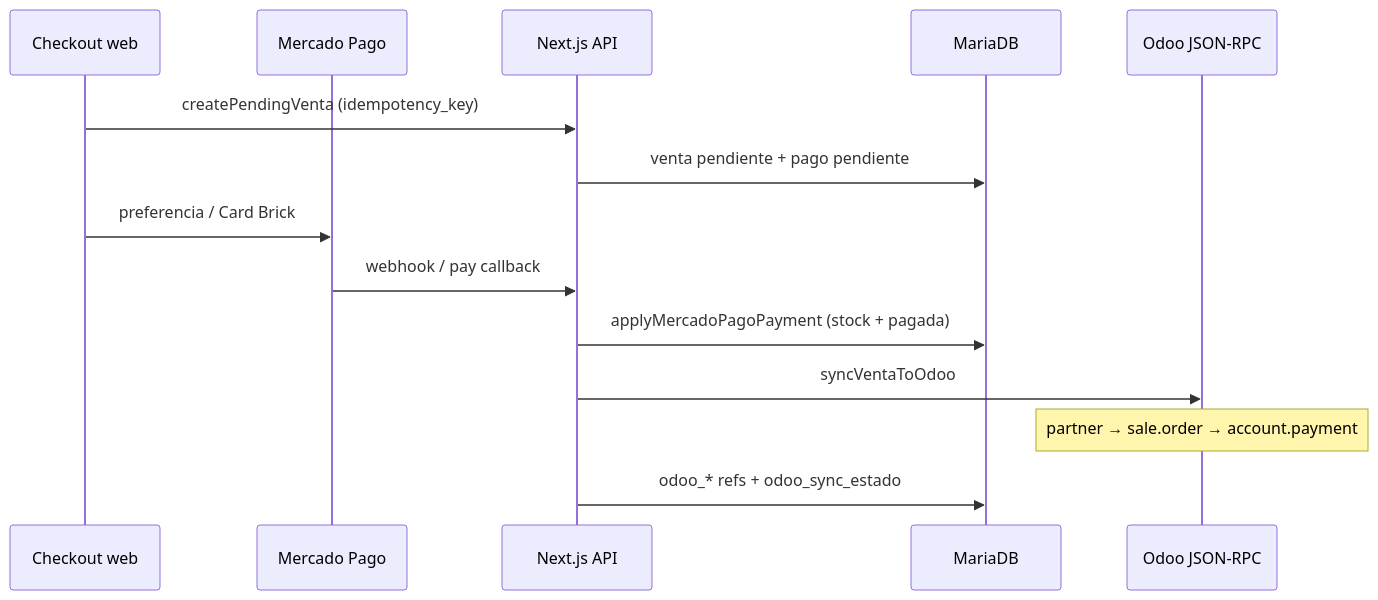
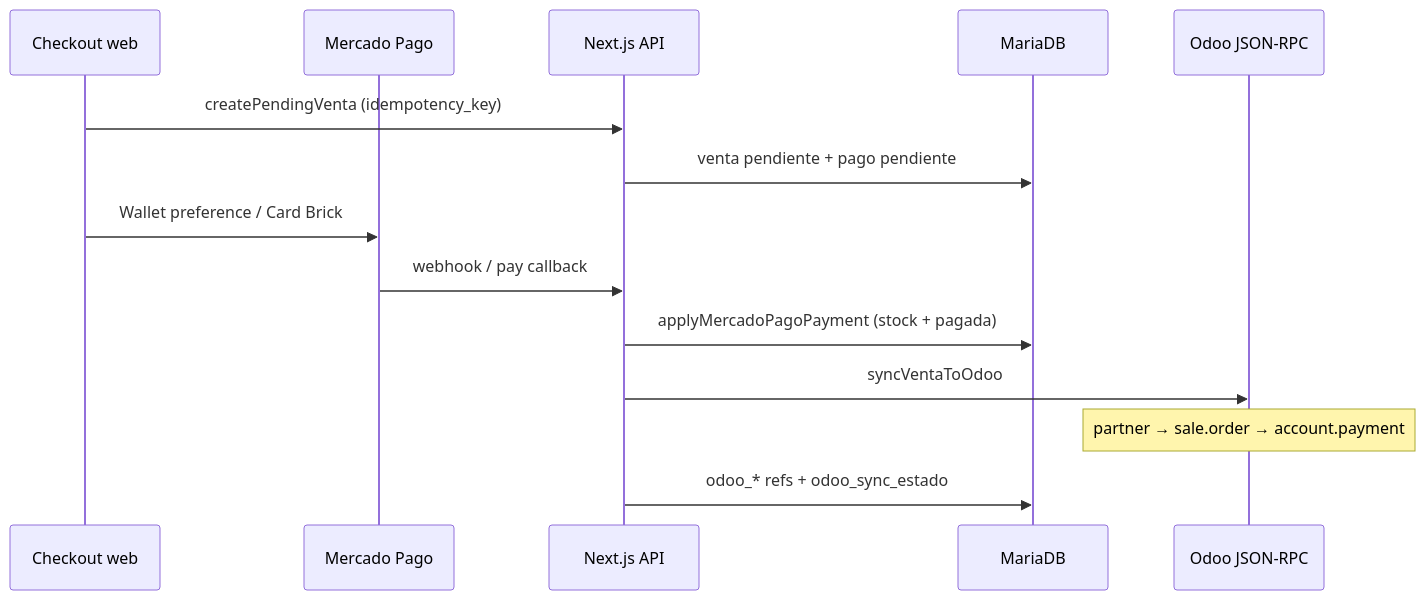
The diagram in docs/ODOO-CHECKOUT.md (MTurinetto77/weboneclick), drawn with Mermaid before and after one commit. The commit also changed other lines of this file and 12 other files, not shown here.

````diff
--- a/docs/ODOO-CHECKOUT.md
+++ b/docs/ODOO-CHECKOUT.md
@@ -28,17 +28,17 @@
 ```mermaid
 sequenceDiagram
   participant UI as Checkout web
   participant MP as Mercado Pago
   participant Web as Next.js API
   participant DB as MariaDB
   participant Odoo as Odoo JSON-RPC
 
   UI->>Web: createPendingVenta (idempotency_key)
   Web->>DB: venta pendiente + pago pendiente
-  UI->>MP: preferencia / Card Brick
+  UI->>MP: Wallet preference / Card Brick
   MP->>Web: webhook / pay callback
   Web->>DB: applyMercadoPagoPayment (stock + pagada)
   Web->>Odoo: syncVentaToOdoo
   Note over Odoo: partner → sale.order → account.payment
   Web->>DB: odoo_* refs + odoo_sync_estado
 ```
````
